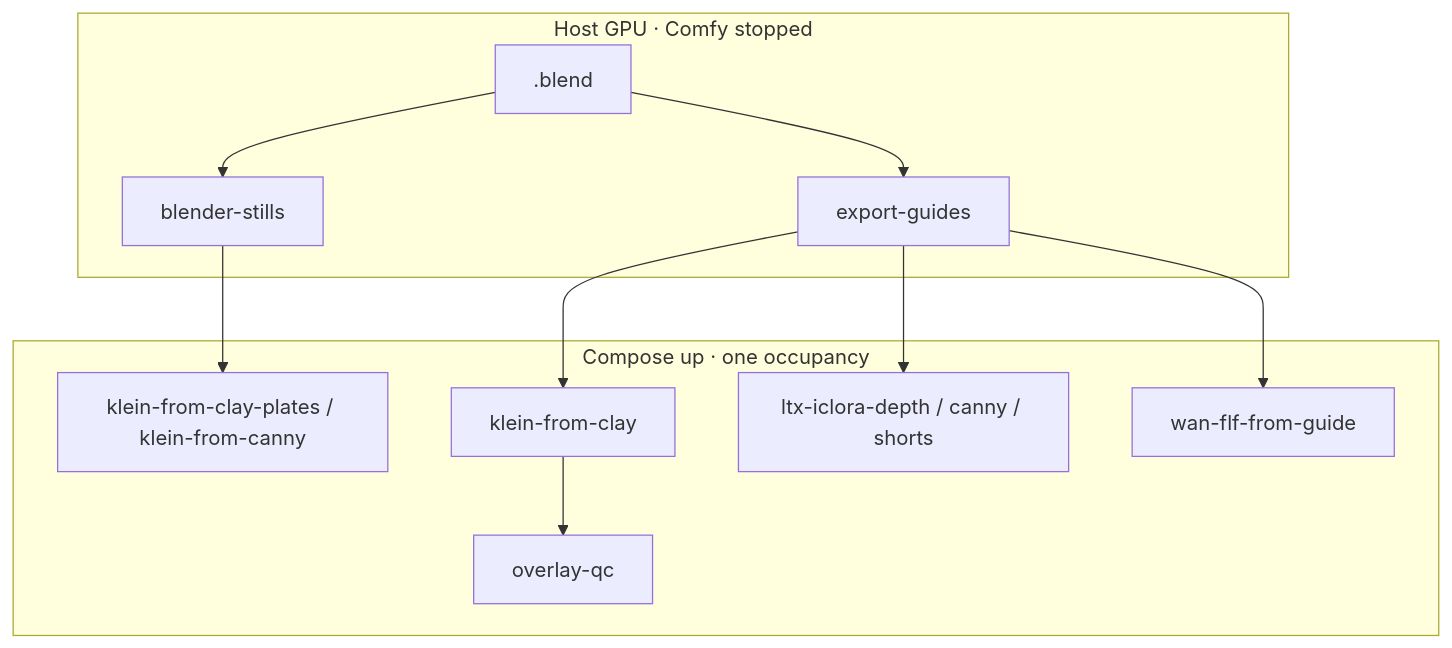
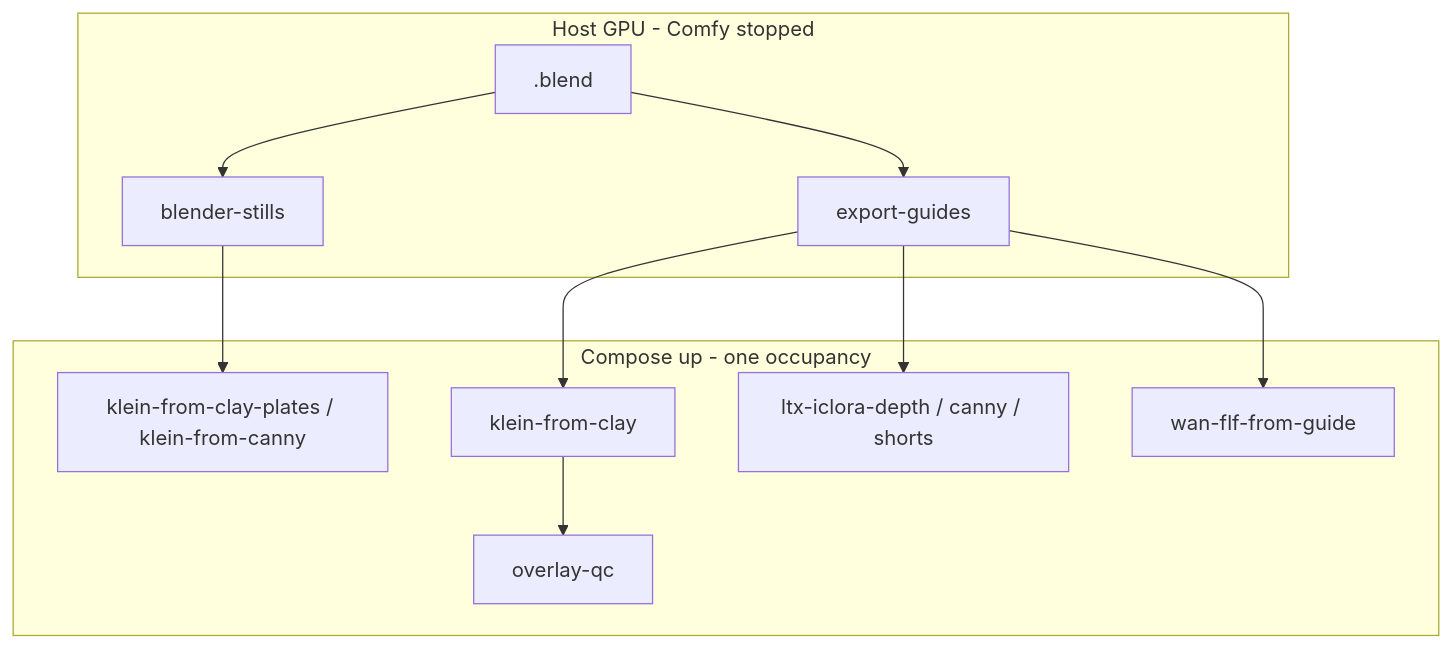
One commit to toxicoder/ez-comfy-stack changed the diagram in docs/learn/blender-creator.md. Above: the diagram before and after it, drawn with Mermaid. The commit also changed other lines of this file and 1894 other files, not shown here.

````diff
--- a/docs/learn/blender-creator.md
+++ b/docs/learn/blender-creator.md
@@ -26,14 +26,14 @@
 ```mermaid
 flowchart TB
-  subgraph Host["Host GPU · Comfy stopped"]
+  subgraph Host["Host GPU - Comfy stopped"]
     B[".blend"] --> S["blender-stills"]
     B --> G["export-guides"]
   end
-  subgraph Comfy["Compose up · one occupancy"]
+  subgraph Comfy["Compose up - one occupancy"]
     S --> P["klein-from-clay-plates / klein-from-canny"]
     G --> K["klein-from-clay"]
     K --> QC["overlay-qc"]
     G --> L["ltx-iclora-depth / canny / shorts"]
     G --> F["wan-flf-from-guide"]
   end
 ```
````
